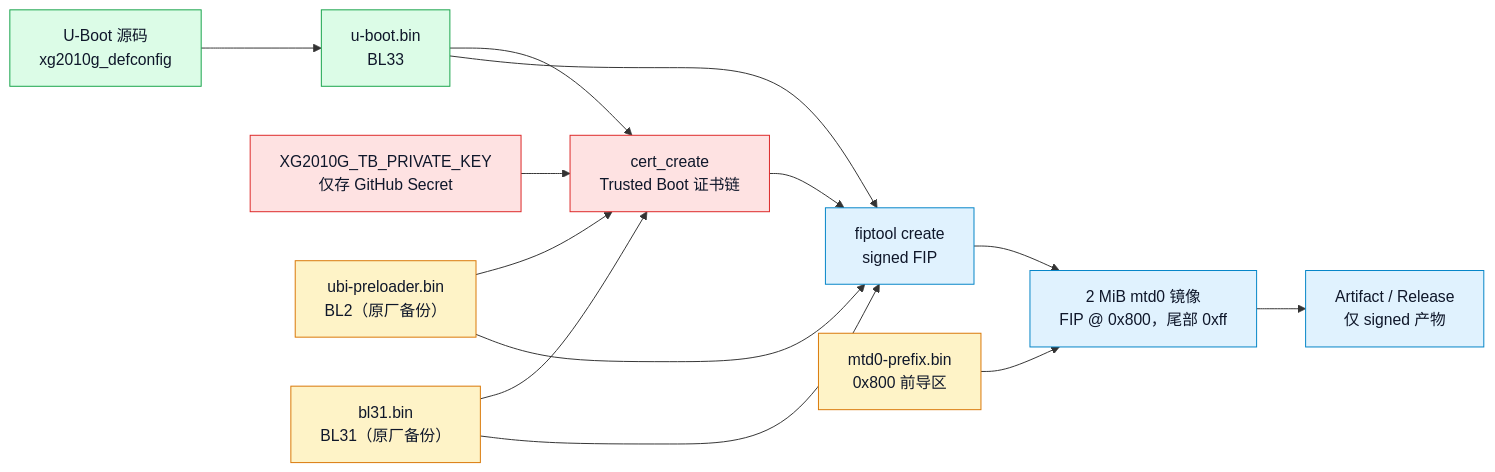
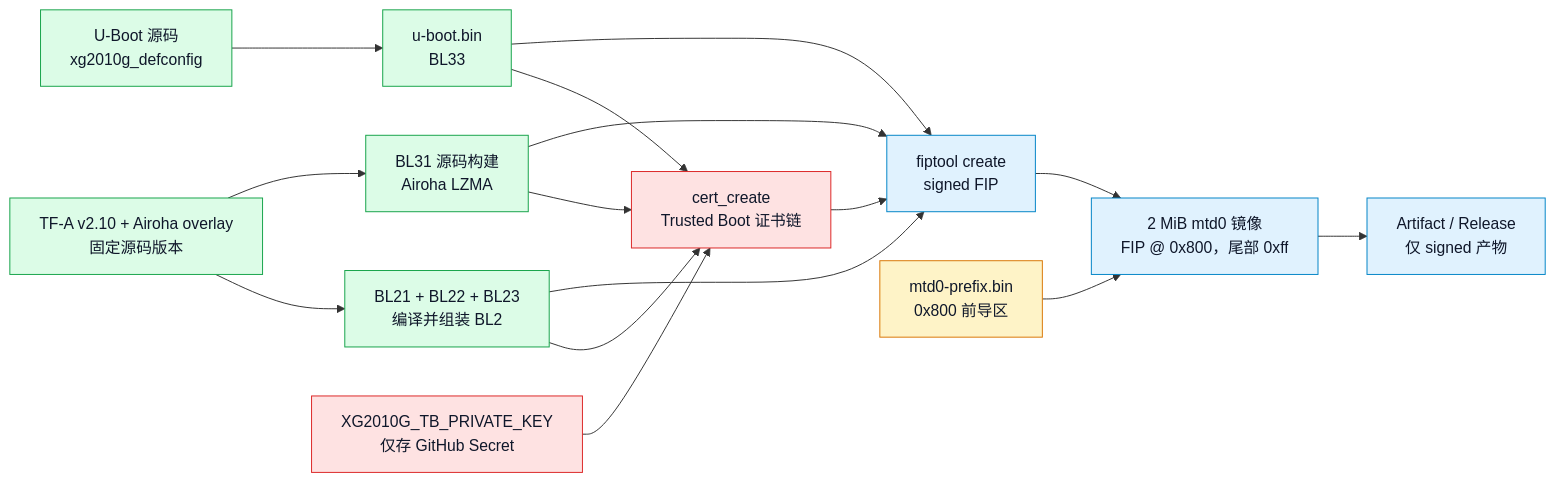
One commit to naoki66/u-boot-xg2010g changed the second of 4 diagrams in README.md. Above: the diagram before and after it, drawn with Mermaid. The commit also changed other lines of this file and 8 other files, not shown here.

````diff
--- a/README.md
+++ b/README.md
@@ -205,25 +203,27 @@
 ```mermaid
 flowchart LR
     U["U-Boot 源码<br/>xg2010g_defconfig"] --> B["u-boot.bin<br/>BL33"]
+    T["TF-A v2.10 + Airoha overlay<br/>固定源码版本"] --> L2["BL21 + BL22 + BL23<br/>编译并组装 BL2"]
+    T --> L31["BL31 源码构建<br/>Airoha LZMA"]
     K["XG2010G_TB_PRIVATE_KEY<br/>仅存 GitHub Secret"] --> C["cert_create<br/>Trusted Boot 证书链"]
-    L2["ubi-preloader.bin<br/>BL2（原厂备份）"] --> C
-    L31["bl31.bin<br/>BL31（原厂备份）"] --> C
+    L2 --> C
+    L31 --> C
     B --> C
     L2 --> F["fiptool create<br/>signed FIP"]
     L31 --> F
     B --> F
     C --> F
     P["mtd0-prefix.bin<br/>0x800 前导区"] --> M["2 MiB mtd0 镜像<br/>FIP @ 0x800，尾部 0xff"]
     F --> M
     M --> A["Artifact / Release<br/>仅 signed 产物"]
 
     classDef src fill:#dcfce7,stroke:#16a34a,color:#0f172a;
     classDef stock fill:#fef3c7,stroke:#d97706,color:#0f172a;
     classDef key fill:#fee2e2,stroke:#dc2626,color:#0f172a;
     classDef out fill:#e0f2fe,stroke:#0284c7,color:#0f172a;
 
-    class U,B src;
-    class L2,L31,P stock;
+    class U,B,T,L2,L31 src;
+    class P stock;
     class K,C key;
     class F,M,A out;
 ```
````
